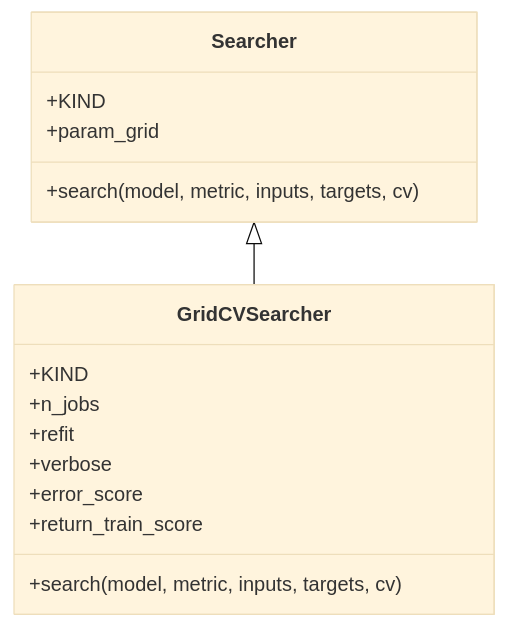
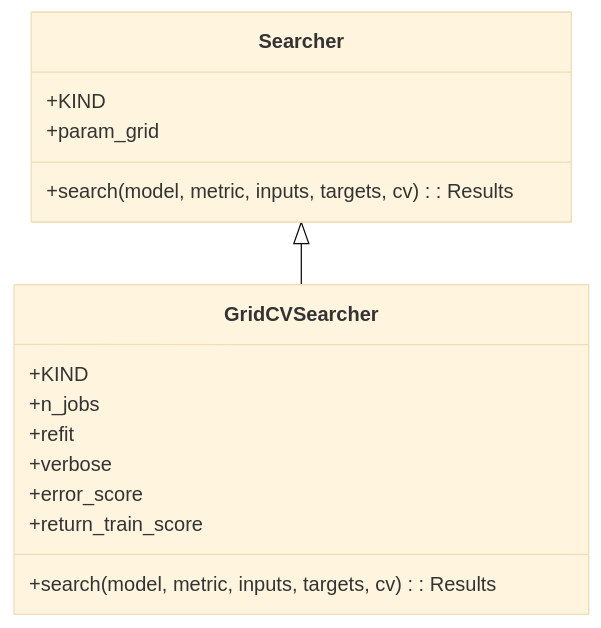
The first of 2 diagrams in wiki/searchers.md (lgcorzo/mlops-python-package), drawn with Mermaid (base theme) before and after one commit. The commit also changed other lines of this file and 31 other files, not shown here.

````diff
--- a/wiki/searchers.md
+++ b/wiki/searchers.md
@@ -16,18 +16,18 @@
 ```mermaid
 classDiagram
     class Searcher {
         +KIND
         +param_grid
-        +search(model, metric, inputs, targets, cv)
+        +search(model, metric, inputs, targets, cv) : Results
     }
-    Searcher <|-- GridCVSearcher
     class GridCVSearcher {
         +KIND
         +n_jobs
         +refit
         +verbose
         +error_score
         +return_train_score
-        +search(model, metric, inputs, targets, cv)
+        +search(model, metric, inputs, targets, cv) : Results
     }
+    Searcher <|-- GridCVSearcher
 ```
````
